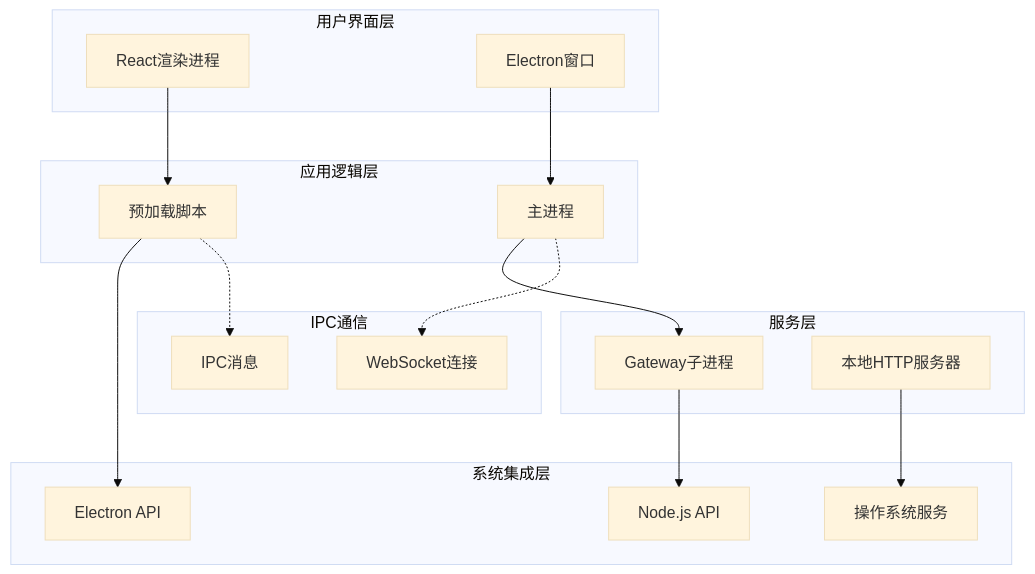
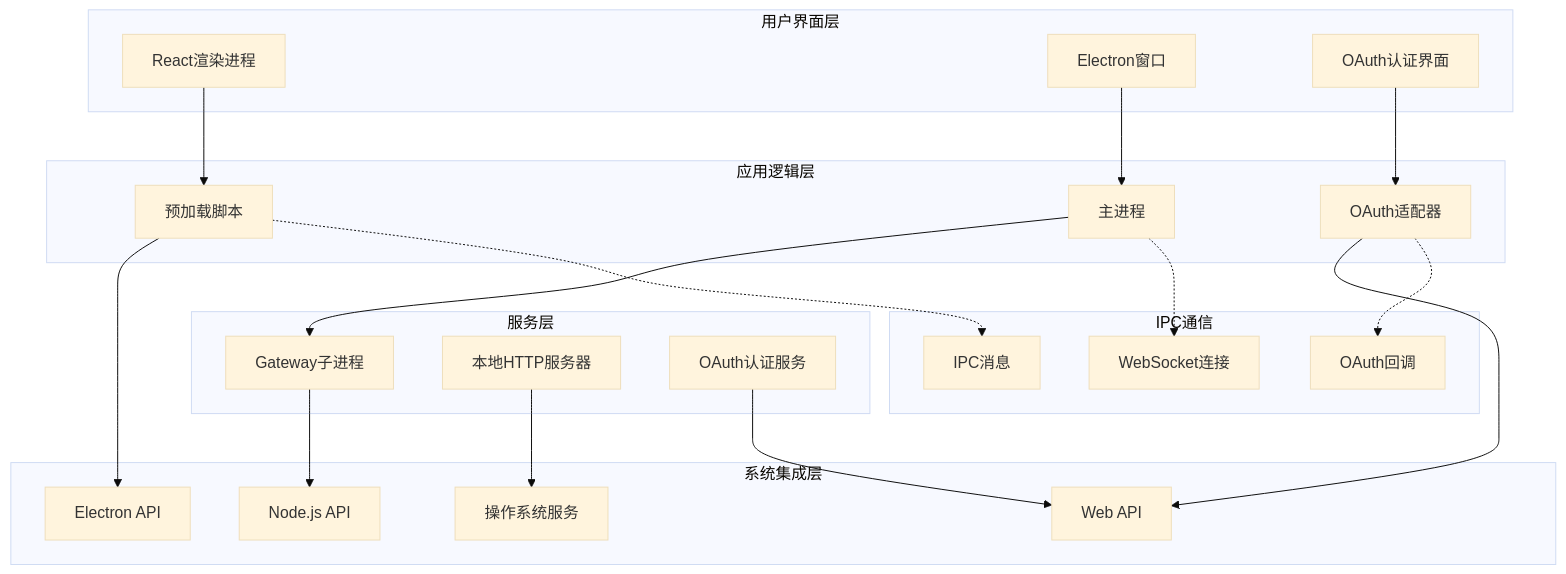
Before and after one commit to verse-ai-org/openclaw: the second of 10 diagrams in .qoder/repowiki/zh/content/核心概念/Electron应用增强.md, drawn with Mermaid (base theme). The commit also changed other lines of this file and 32 other files, not shown here.

````diff
--- a/.qoder/repowiki/zh/content/核心概念/Electron应用增强.md
+++ b/.qoder/repowiki/zh/content/核心概念/Electron应用增强.md
@@ -116,32 +153,41 @@
 ```mermaid
 graph TB
 subgraph "用户界面层"
 A[React渲染进程]
 B[Electron窗口]
+C[OAuth认证界面]
 end
 subgraph "应用逻辑层"
-C[主进程]
-D[预加载脚本]
+D[主进程]
+E[预加载脚本]
+F[OAuth适配器]
 end
 subgraph "服务层"
-E[Gateway子进程]
-F[本地HTTP服务器]
+G[Gateway子进程]
+H[本地HTTP服务器]
+I[OAuth认证服务]
 end
 subgraph "系统集成层"
-G[Node.js API]
-H[Electron API]
-I[操作系统服务]
+J[Node.js API]
+K[Electron API]
+L[操作系统服务]
+M[Web API]
 end
-A --> D
-B --> C
-C --> E
-D --> H
-E --> G
-F --> I
+A --> E
+B --> D
+C --> F
+D --> G
+E --> K
+F --> M
+G --> J
+H --> L
+I --> M
 subgraph "IPC通信"
-J[IPC消息]
-K[WebSocket连接]
+N[IPC消息]
+O[WebSocket连接]
+P[OAuth回调]
 end
-D -.-> J
-C -.-> K
+E -.-> N
+D -.-> O
+F -.-> P
 ```
````
